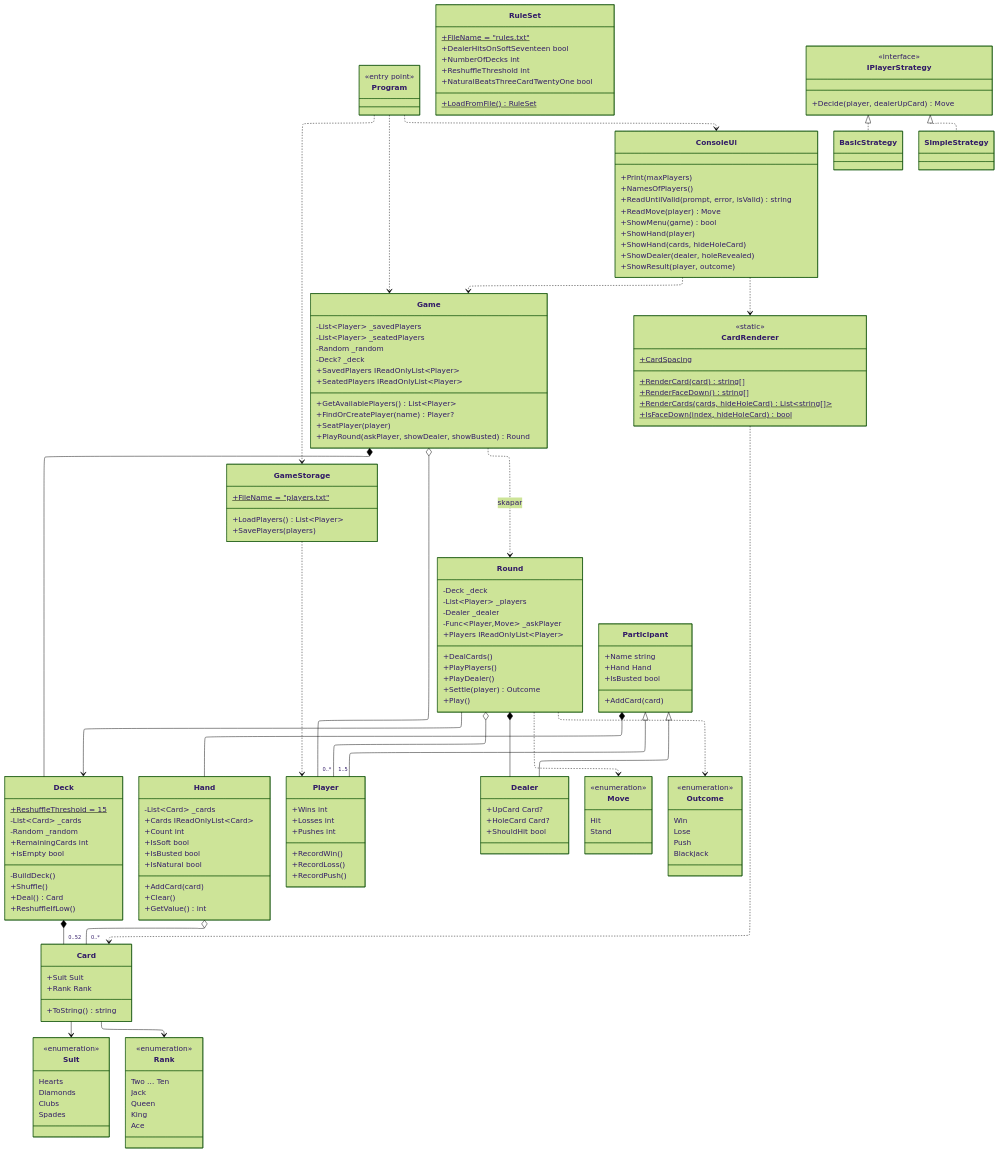
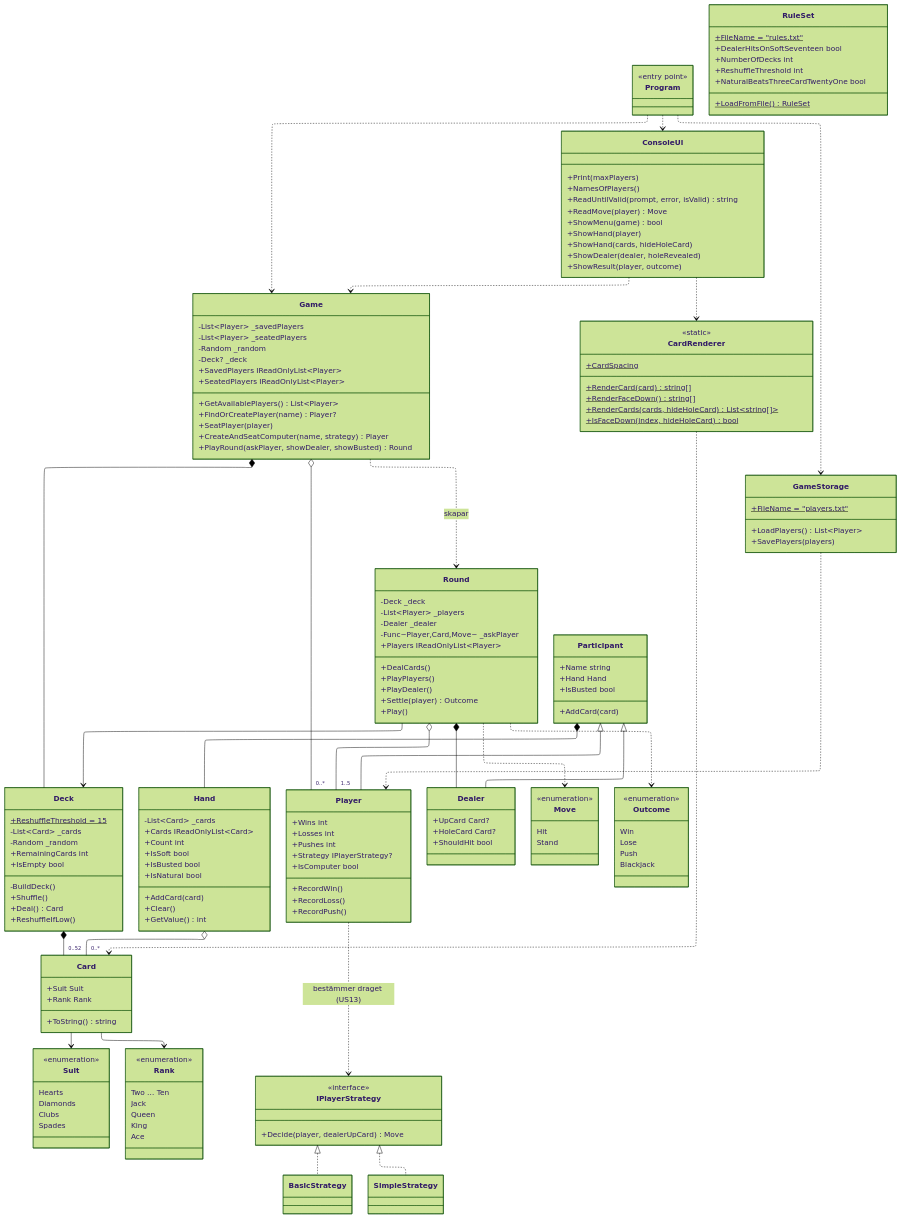
Before and after one commit to Worm-07/Blackjack: the diagram in docs/klassdiagram.mmd, drawn with Mermaid (forest theme). The commit also changed 11 other files, not shown here.

```diff
--- a/docs/klassdiagram.mmd
+++ b/docs/klassdiagram.mmd
@@ -1,190 +1,194 @@
 ---
 config:
   layout: elk
 ---
 classDiagram
     direction TB
 
     class Program {
         <<entry point>>
     }
 
     class Game {
         -List~Player~ _savedPlayers
         -List~Player~ _seatedPlayers
         -Random _random
         -Deck? _deck
         +SavedPlayers IReadOnlyList~Player~
         +SeatedPlayers IReadOnlyList~Player~
         +GetAvailablePlayers() List~Player~
         +FindOrCreatePlayer(name) Player?
         +SeatPlayer(player)
+        +CreateAndSeatComputer(name, strategy) Player
         +PlayRound(askPlayer, showDealer, showBusted) Round
     }
 
     class Round {
         -Deck _deck
         -List~Player~ _players
         -Dealer _dealer
-        -Func~Player,Move~ _askPlayer
+        -Func~Player,Card,Move~ _askPlayer
         +Players IReadOnlyList~Player~
         +DealCards()
         +PlayPlayers()
         +PlayDealer()
         +Settle(player) Outcome
         +Play()
     }
 
     class Deck {
         +ReshuffleThreshold = 15$
         -List~Card~ _cards
         -Random _random
         +RemainingCards int
         +IsEmpty bool
         -BuildDeck()
         +Shuffle()
         +Deal() Card
         +ReshuffleIfLow()
     }
 
     class Card {
         +Suit Suit
         +Rank Rank
         +ToString() string
     }
 
     class Suit {
         <<enumeration>>
         Hearts
         Diamonds
         Clubs
         Spades
     }
 
     class Rank {
         <<enumeration>>
         Two … Ten
         Jack
         Queen
         King
         Ace
     }
 
     class Hand {
         -List~Card~ _cards
         +Cards IReadOnlyList~Card~
         +Count int
         +AddCard(card)
         +Clear()
         +GetValue() int
         +IsSoft bool
         +IsBusted bool
         +IsNatural bool
     }
 
     class Participant {
         +Name string
         +Hand Hand
         +AddCard(card)
         +IsBusted bool
     }
 
     class Player {
         +Wins int
         +Losses int
         +Pushes int
+        +Strategy IPlayerStrategy?
+        +IsComputer bool
         +RecordWin()
         +RecordLoss()
         +RecordPush()
     }
 
     class Dealer {
         +UpCard Card?
         +HoleCard Card?
         +ShouldHit bool
     }
 
     class Move {
         <<enumeration>>
         Hit
         Stand
     }
 
     class Outcome {
         <<enumeration>>
         Win
         Lose
         Push
         Blackjack
     }
 
     class GameStorage {
         +FileName = "players.txt"$
         +LoadPlayers() List~Player~
         +SavePlayers(players)
     }
 
     class ConsoleUi {
         +Print(maxPlayers)
         +NamesOfPlayers()
         +ReadUntilValid(prompt, error, isValid) string
         +ReadMove(player) Move
         +ShowMenu(game) bool
         +ShowHand(player)
         +ShowHand(cards, hideHoleCard)
         +ShowDealer(dealer, holeRevealed)
         +ShowResult(player, outcome)
     }
 
     class CardRenderer {
         <<static>>
         +CardSpacing$
         +RenderCard(card)$ string[]
         +RenderFaceDown()$ string[]
         +RenderCards(cards, hideHoleCard)$ List~string[]~
         +IsFaceDown(index, hideHoleCard)$ bool
     }
 
     class RuleSet {
         +FileName = "rules.txt"$
         +DealerHitsOnSoftSeventeen bool
         +NumberOfDecks int
         +ReshuffleThreshold int
         +NaturalBeatsThreeCardTwentyOne bool
         +LoadFromFile()$ RuleSet
     }
 
     class IPlayerStrategy {
         <<interface>>
         +Decide(player, dealerUpCard) Move
     }
     class BasicStrategy
     class SimpleStrategy
 
     Participant <|-- Player
     Participant <|-- Dealer
     IPlayerStrategy <|.. BasicStrategy
     IPlayerStrategy <|.. SimpleStrategy
+    Player ..> IPlayerStrategy : bestämmer draget (US13)
 
     Participant *-- Hand
     Hand o-- "0..*" Card
     Deck *-- "0..52" Card
     Card --> Suit
     Card --> Rank
 
     Game o-- "0..*" Player
     Game *-- Deck
     Game ..> Round : skapar
     Round *-- Dealer
     Round o-- "1..5" Player
     Round --> Deck
     Round ..> Move
     Round ..> Outcome
 
     Program ..> Game
     Program ..> ConsoleUi
     Program ..> GameStorage
     GameStorage ..> Player
     ConsoleUi ..> CardRenderer
     ConsoleUi ..> Game
     CardRenderer ..> Card
```
